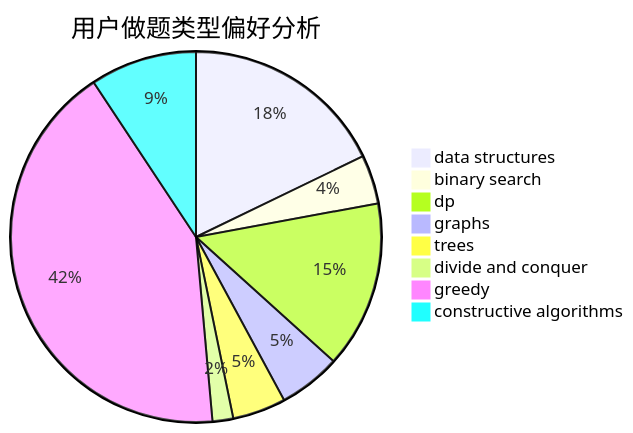
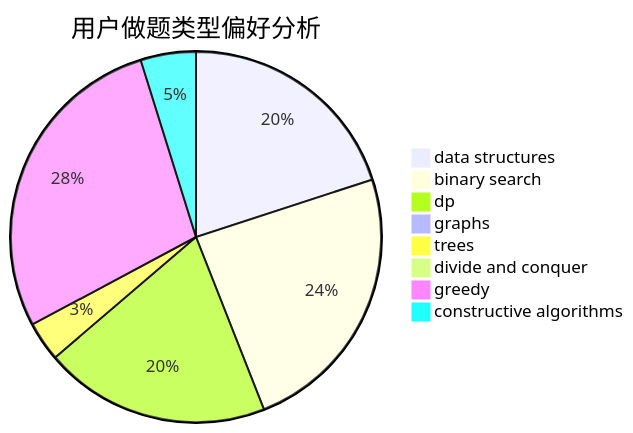
Before and after one commit to sherpahu/cfrs.github.io: the second of 3 diagrams in docs/user/u2116.md, drawn with Mermaid. The commit also changed other lines of this file and 2770 other files, not shown here.

````diff
--- a/docs/user/u2116.md
+++ b/docs/user/u2116.md
@@ -23,11 +23,11 @@
 ```mermaid
 pie title 用户做题类型偏好分析
-    "data structures" :  138
-    "binary search" :  33
-    "dp" :  113
-    "graphs" :  42
-    "trees" :  36
-    "divide and conquer" :  14
-    "greedy" :  326
-    "constructive algorithms" :  72
+    "data structures" :  510
+    "binary search" :  613
+    "dp" :  503
+    "graphs" :  22
+    "trees" :  88
+    "divide and conquer" :  1
+    "greedy" :  714
+    "constructive algorithms" :  123
 ```
````
